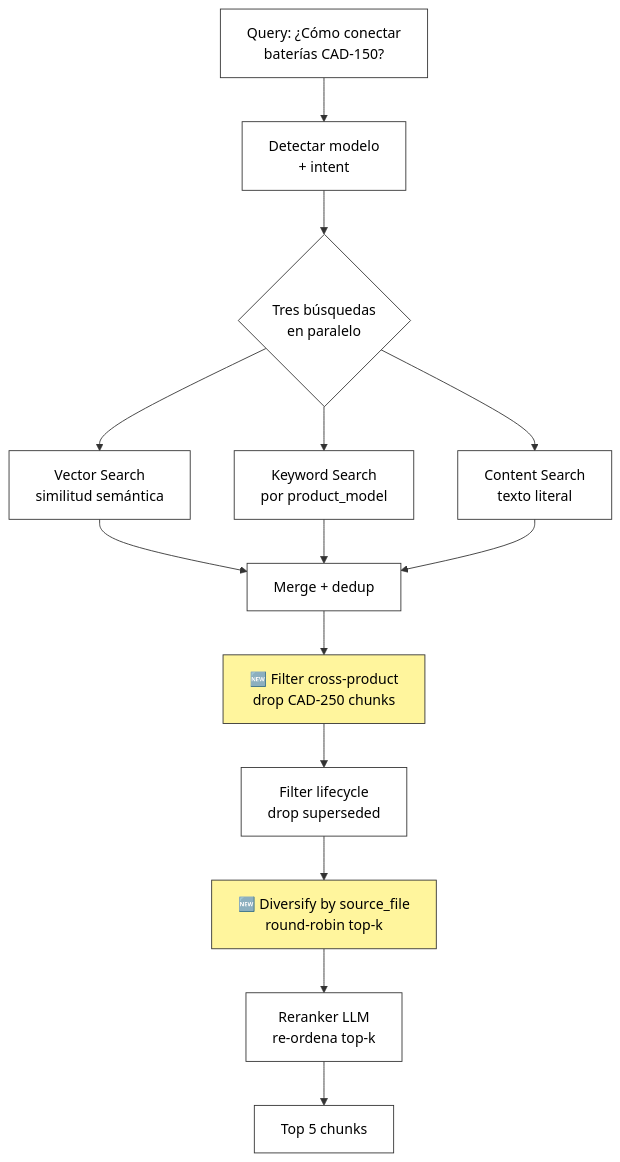
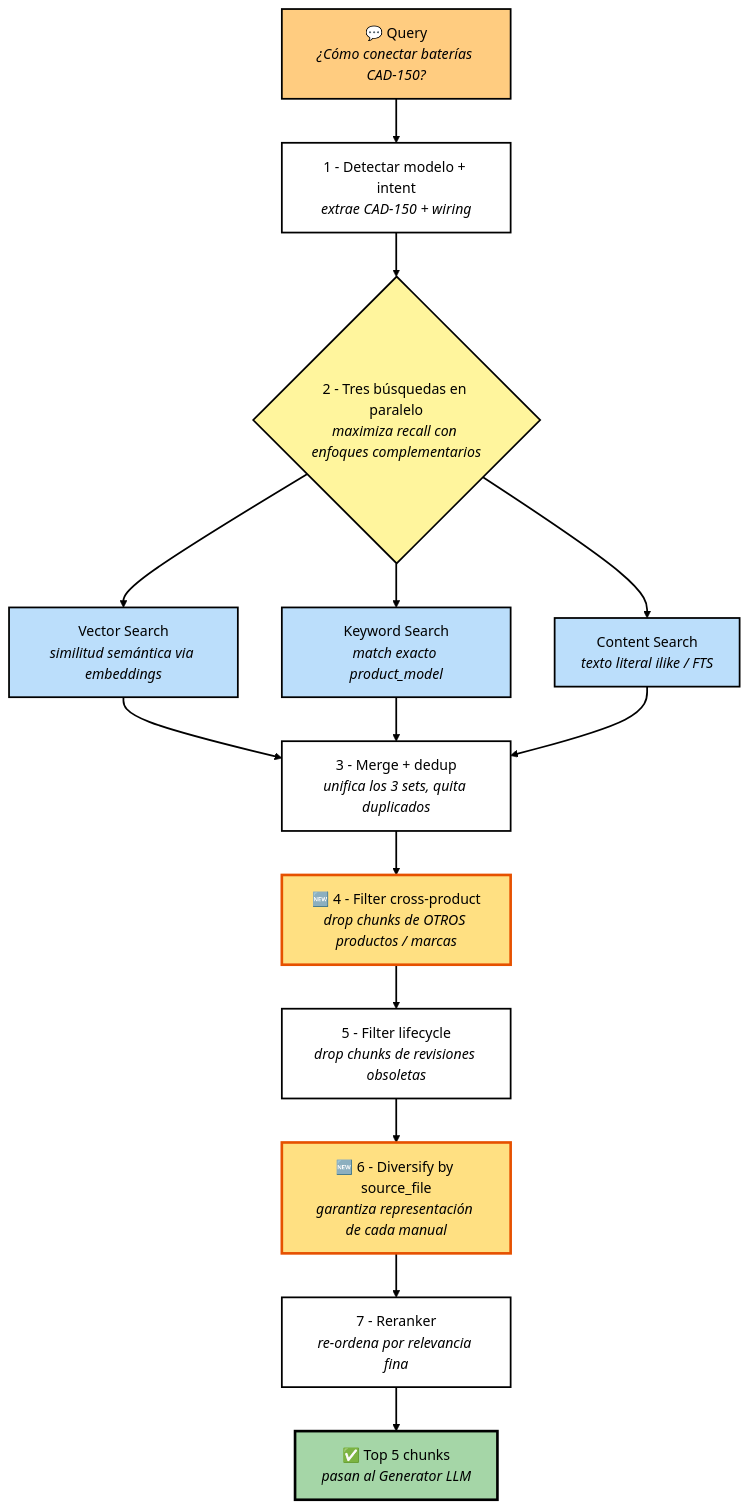
The fifth of 8 diagrams in docs/ARCHITECTURE.md (albertofontiber/technical_bot), drawn with Mermaid before and after one commit. The commit also changed other lines of this file and 1 other file, not shown here.

````diff
--- a/docs/ARCHITECTURE.md
+++ b/docs/ARCHITECTURE.md
@@ -247,23 +267,34 @@
 ```mermaid
-%%{init: {'theme':'base', 'themeVariables': {'primaryColor':'#ffffff','primaryTextColor':'#000000','primaryBorderColor':'#333333','lineColor':'#333333'}}}%%
 flowchart TB
-    Q[Query: ¿Cómo conectar<br>baterías CAD-150?] --> Extract[Detectar modelo<br>+ intent]
-    Extract --> Parallel{Tres búsquedas<br>en paralelo}
+    Q[💬 Query<br><i>¿Cómo conectar baterías CAD-150?</i>] --> Extract[1 - Detectar modelo + intent<br><i>extrae CAD-150 + wiring</i>]
+    Extract --> Parallel{2 - Tres búsquedas en paralelo<br><i>maximiza recall con enfoques complementarios</i>}
     
-    Parallel --> VS[Vector Search<br>similitud semántica]
-    Parallel --> KS[Keyword Search<br>por product_model]
-    Parallel --> CS[Content Search<br>texto literal]
+    Parallel --> VS[Vector Search<br><i>similitud semántica via embeddings</i>]
+    Parallel --> KS[Keyword Search<br><i>match exacto product_model</i>]
+    Parallel --> CS[Content Search<br><i>texto literal ilike / FTS</i>]
     
-    VS --> Merge[Merge + dedup]
+    VS --> Merge[3 - Merge + dedup<br><i>unifica los 3 sets, quita duplicados</i>]
     KS --> Merge
     CS --> Merge
     
-    Merge --> Filter1[🆕 Filter cross-product<br>drop CAD-250 chunks]
-    Filter1 --> Filter2[Filter lifecycle<br>drop superseded]
-    Filter2 --> Diverse[🆕 Diversify by source_file<br>round-robin top-k]
-    Diverse --> Rerank[Reranker LLM<br>re-ordena top-k]
-    Rerank --> Out[Top 5 chunks]
+    Merge --> Filter1[🆕 4 - Filter cross-product<br><i>drop chunks de OTROS productos / marcas</i>]
+    Filter1 --> Filter2[5 - Filter lifecycle<br><i>drop chunks de revisiones obsoletas</i>]
+    Filter2 --> Diverse[🆕 6 - Diversify by source_file<br><i>garantiza representación de cada manual</i>]
+    Diverse --> Rerank[7 - Reranker<br><i>re-ordena por relevancia fina</i>]
+    Rerank --> Out[✅ Top 5 chunks<br><i>pasan al Generator LLM</i>]
     
-    style Filter1 fill:#fff59d,color:#000000
-    style Diverse fill:#fff59d,color:#000000
+    style Q fill:#ffcc80,stroke:#000000,color:#000000,stroke-width:2px
+    style Extract fill:#ffffff,stroke:#000000,color:#000000,stroke-width:2px
+    style Parallel fill:#fff59d,stroke:#000000,color:#000000,stroke-width:2px
+    style VS fill:#bbdefb,stroke:#000000,color:#000000,stroke-width:2px
+    style KS fill:#bbdefb,stroke:#000000,color:#000000,stroke-width:2px
+    style CS fill:#bbdefb,stroke:#000000,color:#000000,stroke-width:2px
+    style Merge fill:#ffffff,stroke:#000000,color:#000000,stroke-width:2px
+    style Filter1 fill:#ffe082,stroke:#e65100,color:#000000,stroke-width:3px
+    style Filter2 fill:#ffffff,stroke:#000000,color:#000000,stroke-width:2px
+    style Diverse fill:#ffe082,stroke:#e65100,color:#000000,stroke-width:3px
+    style Rerank fill:#ffffff,stroke:#000000,color:#000000,stroke-width:2px
+    style Out fill:#a5d6a7,stroke:#000000,color:#000000,stroke-width:3px
+
+    linkStyle default stroke:#000000,stroke-width:2px
 ```
````
